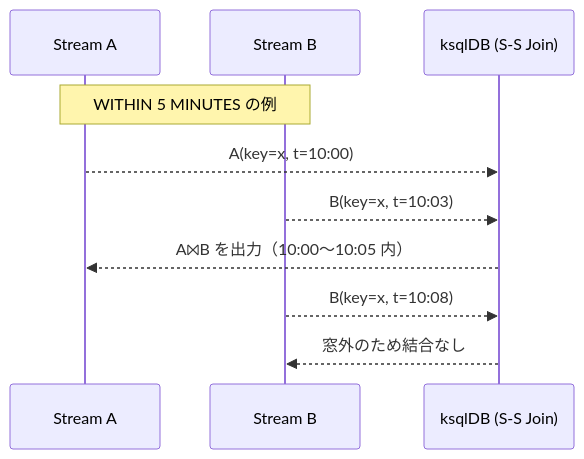
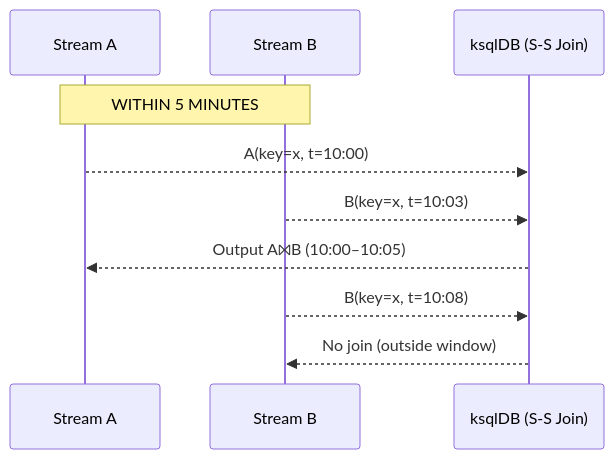
Before and after one commit to sage-mt07/rc02: the second of 6 diagrams in docs/sqlserver-to-kafka-guide.md, drawn with Mermaid. The commit also changed other lines of this file and 20 other files, not shown here.

````diff
--- a/docs/sqlserver-to-kafka-guide.md
+++ b/docs/sqlserver-to-kafka-guide.md
@@ -62,12 +59,12 @@
 ```mermaid
 sequenceDiagram
   participant S1 as Stream A
   participant S2 as Stream B
   participant J as ksqlDB (S-S Join)
-  Note over S1,S2: WITHIN 5 MINUTES の例
+  Note over S1,S2: WITHIN 5 MINUTES
   S1-->>J: A(key=x, t=10:00)
   S2-->>J: B(key=x, t=10:03)
-  J-->>S1: A⨝B を出力（10:00〜10:05 内）
+  J-->>S1: Output A⨝B (10:00–10:05)
   S2-->>J: B(key=x, t=10:08)
-  J-->>S2: 窓外のため結合なし
+  J-->>S2: No join (outside window)
 ```
````
